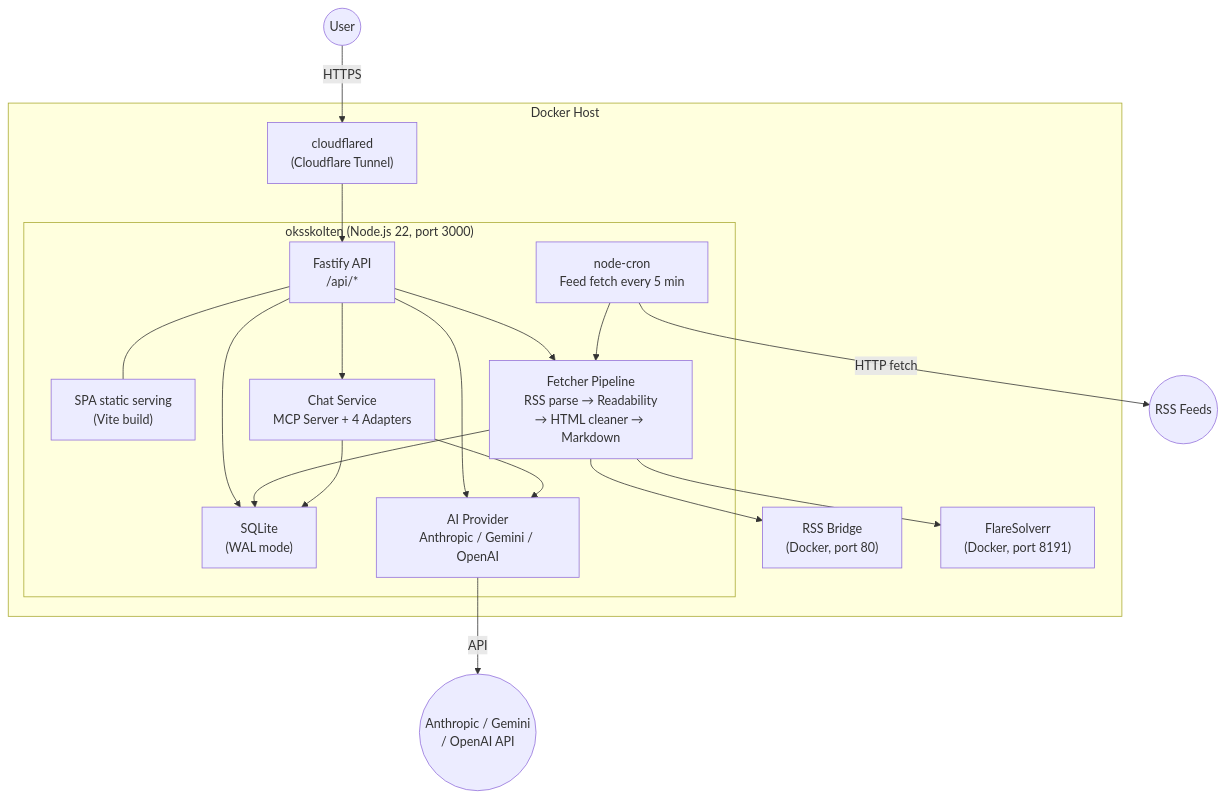
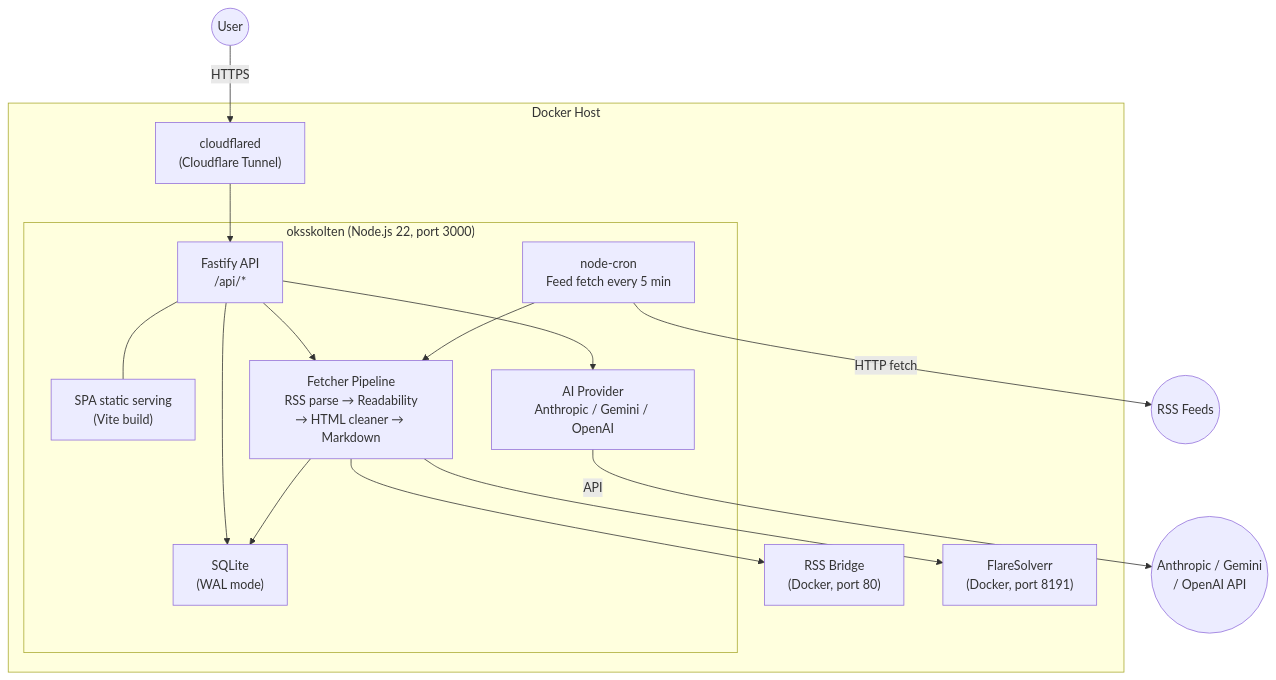
The diagram in README.md (leeclissett/oksskolten), drawn with Mermaid before and after one commit. The commit also changed other lines of this file and 99 other files, not shown here.

First line of the commit message:
strip: A2 — remove chat, MCP server, summarise and CSS-selector inference (keep translate) (#27)

````diff
--- a/README.md
+++ b/README.md
@@ -83,35 +82,31 @@
 ```mermaid
 graph TD
     subgraph host["Docker Host"]
         subgraph app["oksskolten (Node.js 22, port 3000)"]
             fastify["Fastify API<br/>/api/*"]
             spa["SPA static serving<br/>(Vite build)"]
             sqlite["SQLite<br/>(WAL mode)"]
             cron["node-cron<br/>Feed fetch every 5 min"]
             fetcher["Fetcher Pipeline<br/>RSS parse → Readability<br/>→ HTML cleaner → Markdown"]
             ai["AI Provider<br/>Anthropic / Gemini / OpenAI"]
-            chat["Chat Service<br/>MCP Server + 4 Adapters"]
 
             fastify --> sqlite
             fastify --- spa
             fastify --> fetcher
             fastify --> ai
-            fastify --> chat
             cron --> fetcher
             fetcher --> sqlite
-            chat --> sqlite
-            chat --> ai
         end
 
         bridge["RSS Bridge<br/>(Docker, port 80)"]
         flare["FlareSolverr<br/>(Docker, port 8191)"]
         tunnel["cloudflared<br/>(Cloudflare Tunnel)"]
     end
 
     user(("User")) -- "HTTPS" --> tunnel
     tunnel --> fastify
     cron -- "HTTP fetch" --> rss(("RSS Feeds"))
     fetcher --> bridge
     fetcher --> flare
     ai -- "API" --> llm_api(("Anthropic / Gemini<br/>/ OpenAI API"))
 ```
````
